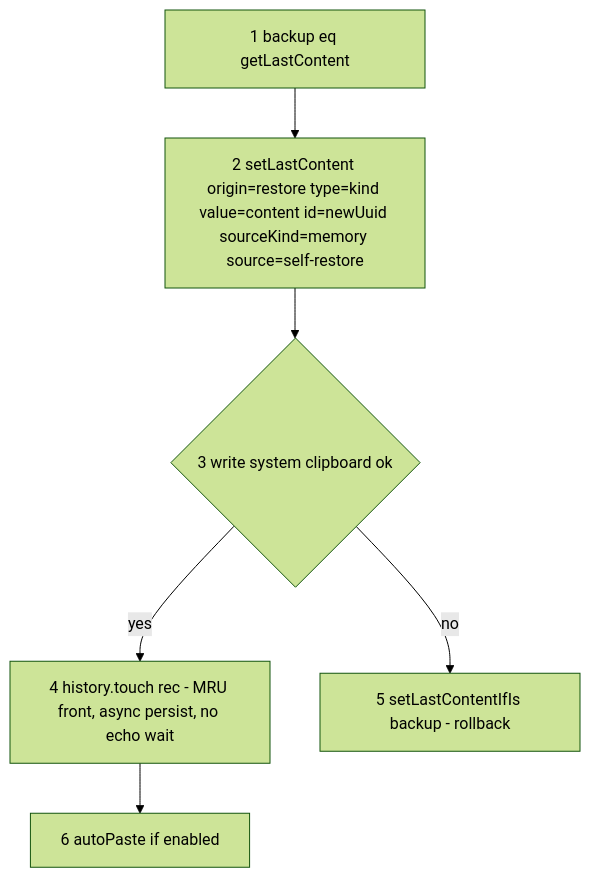
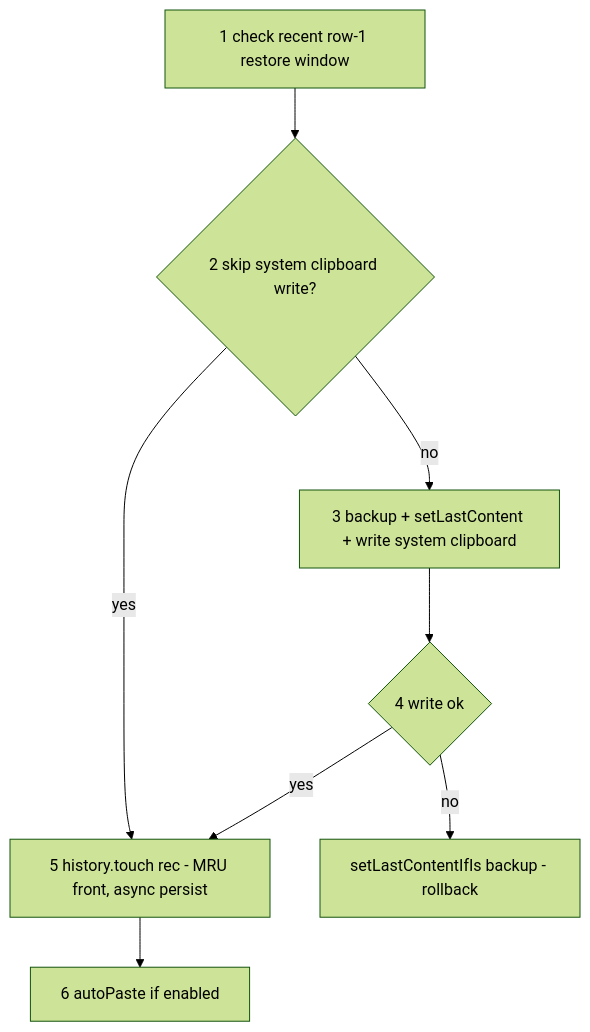
Before and after one commit to lumerix7/copy-gnome: the first of 3 diagrams in docs/features/clipboard-capture/clipboard-capture-design.md, drawn with Mermaid (forest theme). The commit also changed other lines of this file and 20 other files, not shown here.

First line of the commit message:
feat(clipboard,config,monitor): add recent-top restore shortcut and raise storage caps

````diff
--- a/docs/features/clipboard-capture/clipboard-capture-design.md
+++ b/docs/features/clipboard-capture/clipboard-capture-design.md
@@ -90,8 +90,10 @@
 ```mermaid
 flowchart TD
-    A["1 backup eq getLastContent"] --> B["2 setLastContent origin=restore type=kind value=content id=newUuid sourceKind=memory source=self-restore"]
-    B --> C{"3 write system clipboard ok"}
-    C -- yes --> D["4 history.touch rec - MRU front, async persist, no echo wait"]
-    C -- no --> E["5 setLastContentIfIs backup - rollback"]
+    A["1 check recent row-1 restore window"] --> B{"2 skip system clipboard write?"}
+    B -- yes --> D["5 history.touch rec - MRU front, async persist"]
+    B -- no --> C["3 backup + setLastContent + write system clipboard"]
+    C --> W{"4 write ok"}
+    W -- yes --> D
+    W -- no --> E["setLastContentIfIs backup - rollback"]
     D --> F["6 autoPaste if enabled"]
 ```
````
